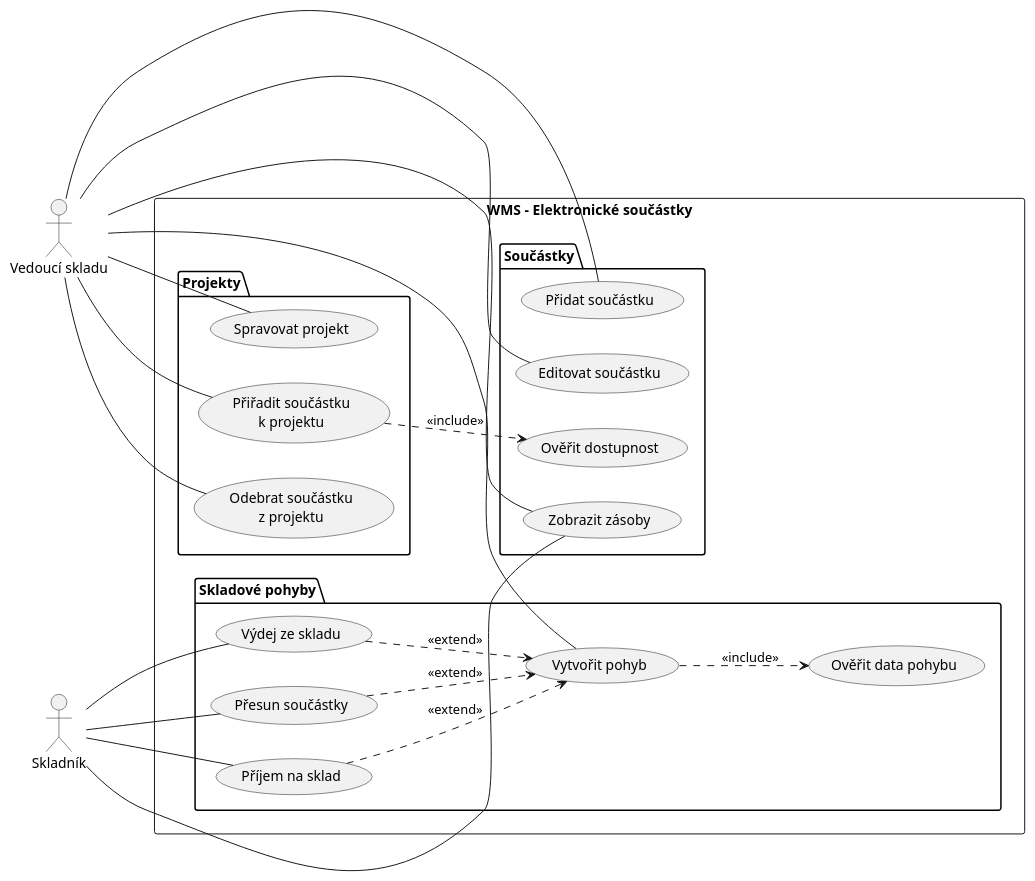
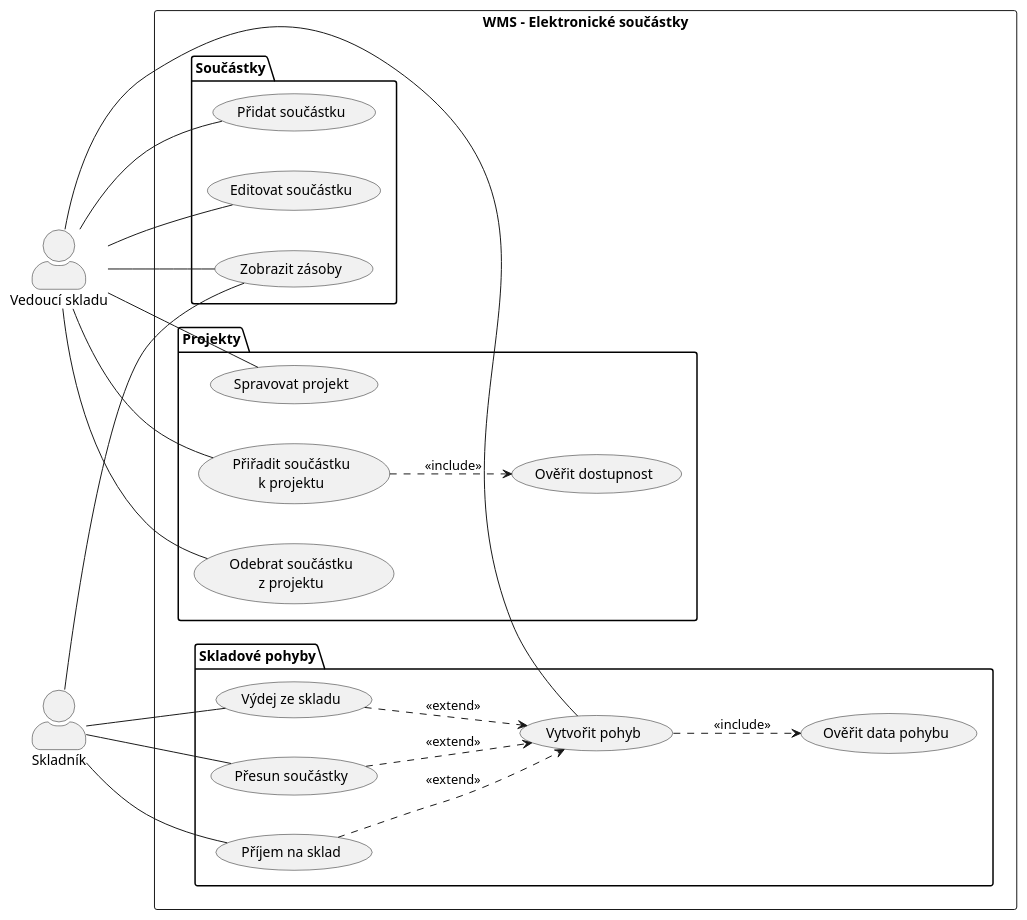
Before and after one commit to lkvapil/kOdevzdaniProjektWMS: the diagram in diagrams/01_use_case.puml, drawn with PlantUML. The commit also changed 1 other file, not shown here.

```diff
--- a/diagrams/01_use_case.puml
+++ b/diagrams/01_use_case.puml
@@ -1,56 +1,59 @@
 @startuml 01_use_case
 left to right direction
+skinparam actorStyle awesome
+skinparam nodesep 40
+skinparam ranksep 60
 
 actor "Vedoucí skladu" as Vedouci
 actor "Skladník" as Skladnik
 
 rectangle "WMS – Elektronické součástky" {
+
+  package "Projekty" {
+    usecase "Spravovat projekt" as UC_PROJEKT
+    usecase "Přiřadit součástku\nk projektu" as UC_PRIRADIT
+    usecase "Odebrat součástku\nz projektu" as UC_ODEBRAT
+    usecase "Ověřit dostupnost" as UC_DOSTUPNOST
+  }
+
+  package "Součástky" {
+    usecase "Přidat součástku" as UC_ADD
+    usecase "Editovat součástku" as UC_EDIT
+    usecase "Zobrazit zásoby" as UC_ZASOBY
+  }
 
   package "Skladové pohyby" {
     usecase "Vytvořit pohyb" as UC_POHYB
     usecase "Ověřit data pohybu" as UC_OVERIT
     usecase "Příjem na sklad" as UC_PRIJEM
     usecase "Výdej ze skladu" as UC_VYDEJ
     usecase "Přesun součástky" as UC_PRESUN
   }
 
-  package "Součástky" {
-    usecase "Přidat součástku" as UC_ADD
-    usecase "Editovat součástku" as UC_EDIT
-    usecase "Zobrazit zásoby" as UC_ZASOBY
-    usecase "Ověřit dostupnost" as UC_DOSTUPNOST
-  }
-
-  package "Projekty" {
-    usecase "Spravovat projekt" as UC_PROJEKT
-    usecase "Přiřadit součástku\nk projektu" as UC_PRIRADIT
-    usecase "Odebrat součástku\nz projektu" as UC_ODEBRAT
-  }
-
 }
 
-' Vedoucí skladu – čára bez šipky
-Vedouci -- UC_POHYB
+' Vedoucí skladu – horní aktér
+Vedouci -- UC_PROJEKT
+Vedouci -- UC_PRIRADIT
+Vedouci -- UC_ODEBRAT
 Vedouci -- UC_ADD
 Vedouci -- UC_EDIT
 Vedouci -- UC_ZASOBY
-Vedouci -- UC_PROJEKT
-Vedouci -- UC_PRIRADIT
-Vedouci -- UC_ODEBRAT
+Vedouci -- UC_POHYB
 
-' Skladník – čára bez šipky
+' Skladník – dolní aktér
 Skladnik -- UC_PRIJEM
 Skladnik -- UC_VYDEJ
 Skladnik -- UC_PRESUN
 Skladnik -- UC_ZASOBY
 
-' include: povinné zahrnutí
+' include
 UC_POHYB    ..> UC_OVERIT     : <<include>>
 UC_PRIRADIT ..> UC_DOSTUPNOST : <<include>>
 
-' extend: specializace pohybu
+' extend
 UC_PRIJEM ..> UC_POHYB : <<extend>>
 UC_VYDEJ  ..> UC_POHYB : <<extend>>
 UC_PRESUN ..> UC_POHYB : <<extend>>
 
 @enduml
```
